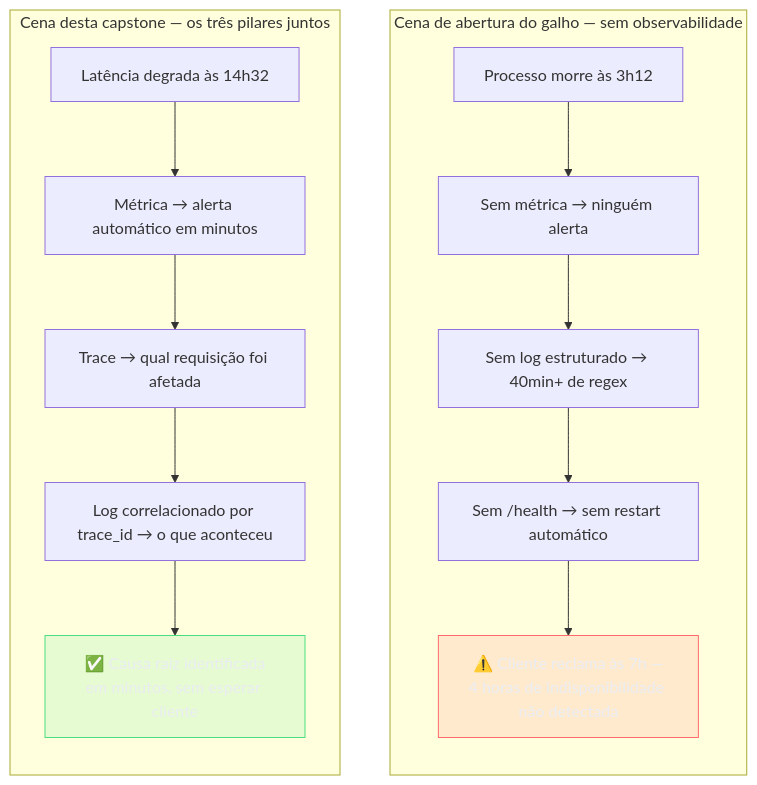
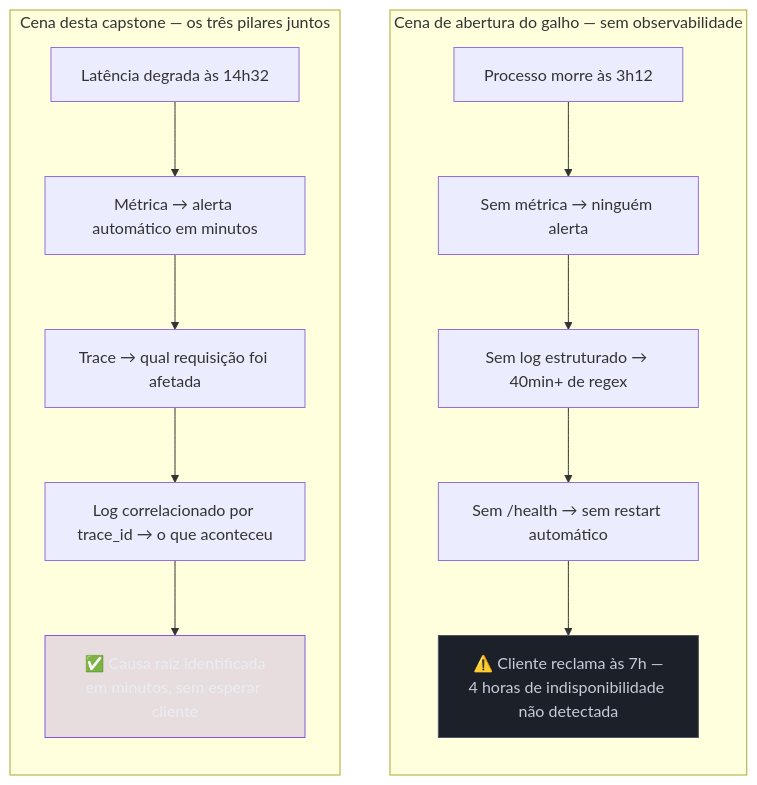
Before and after one commit to josenaldo/codex-technomanticus: the first of 5 diagrams in 03-Dominios/Tecnologia/Python/Observabilidade e produção/08 - Capstone — os dois serviços prontos pra produção.md, drawn with Mermaid. The commit also changed 601 other files, not shown here.

````diff
--- a/03-Dominios/Tecnologia/Python/Observabilidade e produção/08 - Capstone — os dois serviços prontos pra produção.md
+++ b/03-Dominios/Tecnologia/Python/Observabilidade e produção/08 - Capstone — os dois serviços prontos pra produção.md
@@ -30,27 +30,27 @@
 ```mermaid
 flowchart TB
-    classDef falha fill:#FF6B6B24,stroke:#FF6B6B,color:#E9ECF2
-    classDef ok fill:#4ADE8021,stroke:#4ADE80,color:#E9ECF2
+    classDef marca fill:#8855DF33,stroke:#8855DF,color:#E9ECF2
+    classDef neutro fill:#1B2029,stroke:#4E5666,color:#C6CCD8
     subgraph Antes["Cena de abertura do galho — sem observabilidade"]
         direction TB
         A1["Processo morre às 3h12"]
         A2["Sem métrica → ninguém alerta"]
         A3["Sem log estruturado → 40min+ de regex"]
         A4["Sem /health → sem restart automático"]
         A1 --> A2 --> A3 --> A4
         A4 --> A5["⚠️ Cliente reclama às 7h —<br/>4 horas de indisponibilidade não detectada"]
     end
 
     subgraph Depois["Cena desta capstone — os três pilares juntos"]
         direction TB
         D1["Latência degrada às 14h32"]
         D2["Métrica → alerta automático em minutos"]
         D3["Trace → qual requisição foi afetada"]
         D4["Log correlacionado por trace_id → o que aconteceu"]
         D1 --> D2 --> D3 --> D4
         D4 --> D5["✅ Causa raiz identificada<br/>em minutos, sem esperar cliente"]
     end
 
-    class A5 falha
-    class D5 ok
+    class A5 neutro
+    class D5 marca
 ```
````
